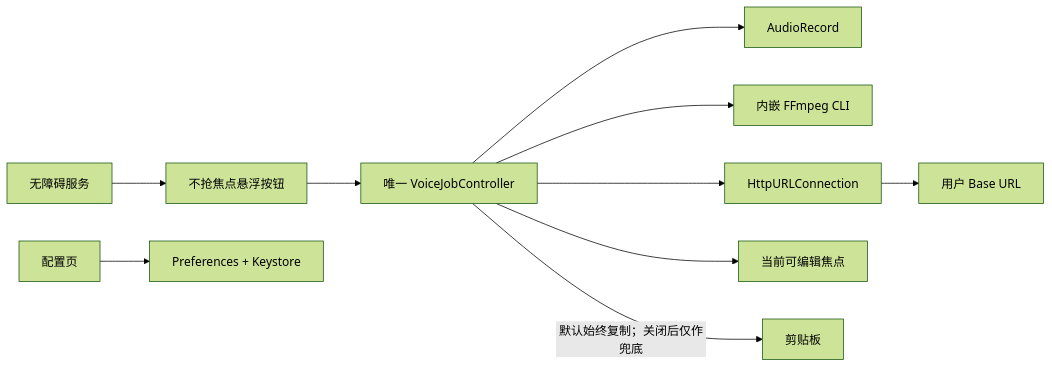
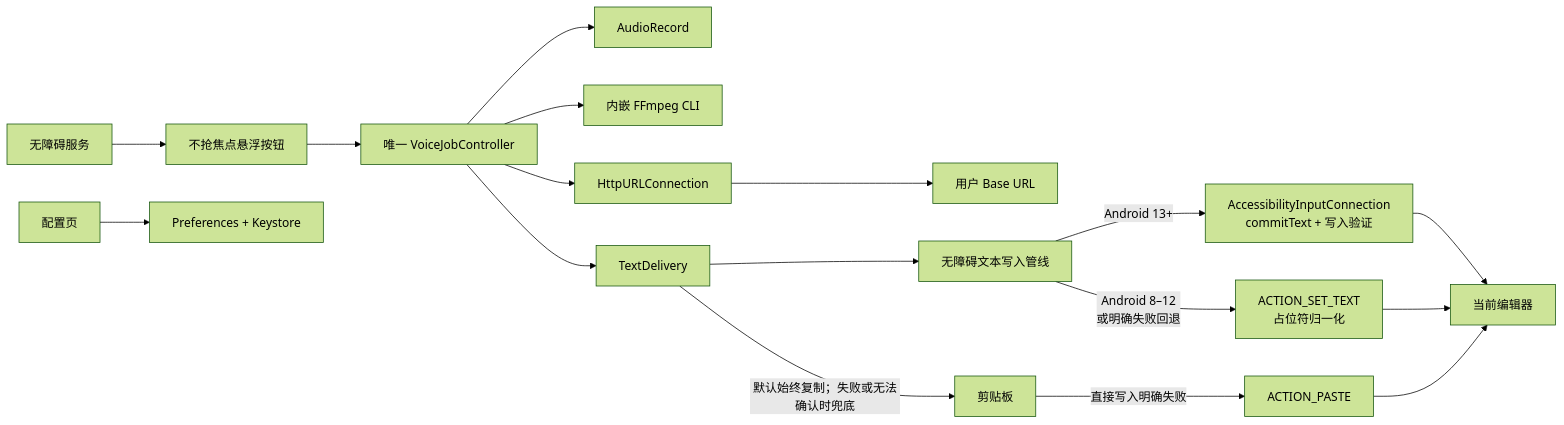
One commit to Joey-Kot/Dictate changed the first of 3 diagrams in README_ZH.md. Above: the diagram before and after it, drawn with Mermaid (forest theme). The commit also changed other lines of this file and 1 other file, not shown here.

````diff
--- a/README_ZH.md
+++ b/README_ZH.md
@@ -37,12 +39,19 @@
 ```mermaid
 flowchart LR
   A["无障碍服务"] --> B["不抢焦点悬浮按钮"]
   B --> C["唯一 VoiceJobController"]
   C --> D["AudioRecord"]
   C --> E["内嵌 FFmpeg CLI"]
   C --> F["HttpURLConnection"]
   F --> G["用户 Base URL"]
-  C --> H["当前可编辑焦点"]
-  C -->|"默认始终复制；关闭后仅作兜底"| I["剪贴板"]
+  C --> T["TextDelivery"]
+  T --> W["无障碍文本写入管线"]
+  W -->|"Android 13+"| M["AccessibilityInputConnection<br/>commitText + 写入验证"]
+  W -->|"Android 8–12<br/>或明确失败回退"| S["ACTION_SET_TEXT<br/>占位符归一化"]
+  M --> X["当前编辑器"]
+  S --> X
+  T -->|"默认始终复制；失败或无法确认时兜底"| I["剪贴板"]
+  I -->|"直接写入明确失败"| P["ACTION_PASTE"]
+  P --> X
   J["配置页"] --> K["Preferences + Keystore"]
 ```
````
